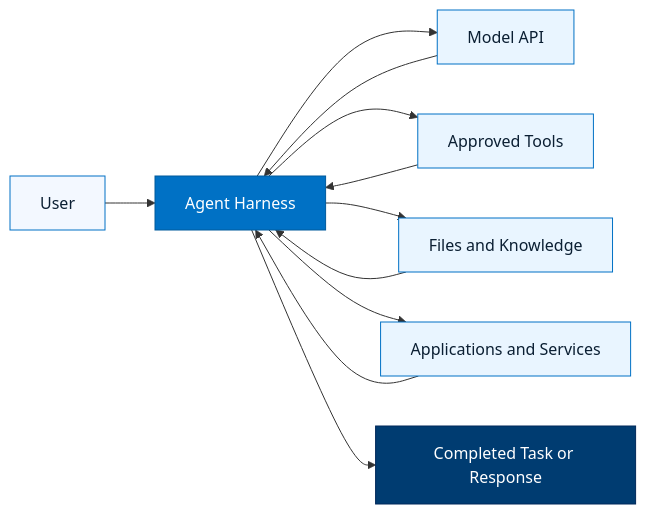
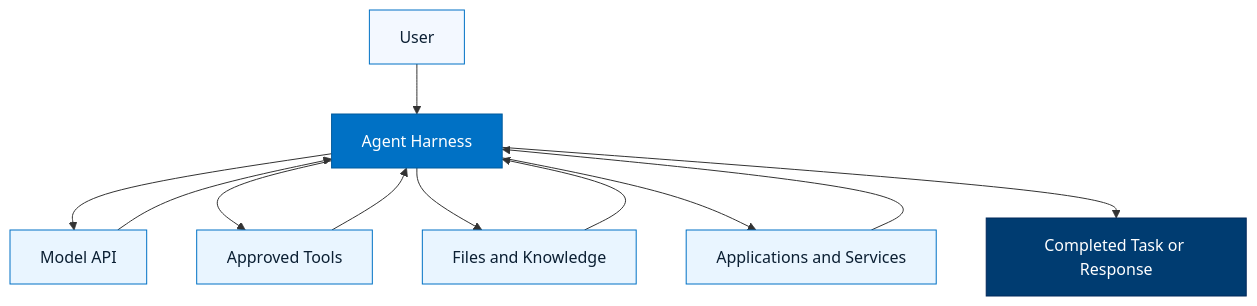
The sixth of 8 diagrams in README.md (malcolmchanhaoxian/Intel-SG-Workshop-2026), drawn with Mermaid before and after one commit.

````diff
--- a/README.md
+++ b/README.md
@@ -337,26 +337,26 @@
 ```mermaid
-flowchart LR
+flowchart TB
     USER["User"] --> AGENT["Agent Harness"]
 
     AGENT --> MODEL["Model API"]
     AGENT --> TOOLS["Approved Tools"]
     AGENT --> FILES["Files and Knowledge"]
     AGENT --> APPS["Applications and Services"]
 
     MODEL --> AGENT
     TOOLS --> AGENT
     FILES --> AGENT
     APPS --> AGENT
 
     AGENT --> RESULT["Completed Task or Response"]
 
     classDef user fill:#f3f8ff,stroke:#0071c5,color:#0b1f33;
     classDef agent fill:#0071c5,stroke:#005a9c,color:#ffffff;
     classDef resource fill:#e9f5ff,stroke:#0071c5,color:#0b1f33;
     classDef result fill:#003c71,stroke:#00285a,color:#ffffff;
 
     class USER user;
     class AGENT agent;
     class MODEL,TOOLS,FILES,APPS resource;
     class RESULT result;
 ```
````
